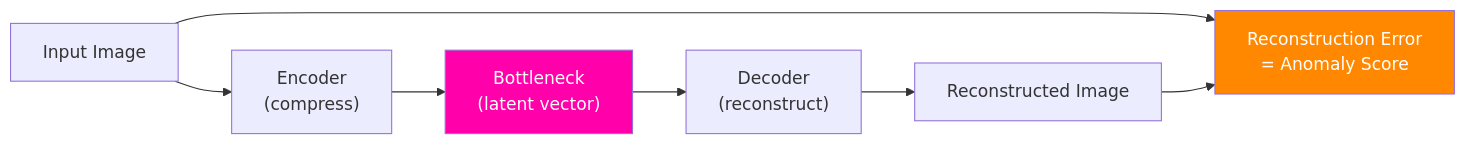
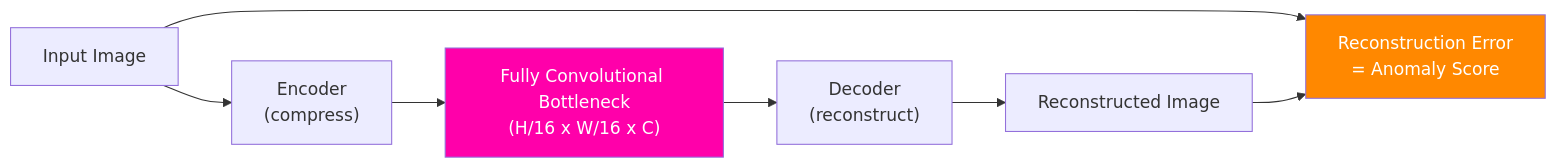
The first of 2 diagrams in docs/data_science/keras_cae_architecture.md (foersben/industrial-component-anomaly-detection), drawn with Mermaid before and after one commit. The commit also changed other lines of this file and 26 other files, not shown here.

````diff
--- a/docs/data_science/keras_cae_architecture.md
+++ b/docs/data_science/keras_cae_architecture.md
@@ -28,10 +23,10 @@
 ```mermaid
 flowchart LR
     IMG["Input Image"] --> ENC["Encoder\n(compress)"]
-    ENC --> BN["Bottleneck\n(latent vector)"]
+    ENC --> BN["Fully Convolutional Bottleneck\n(H/16 x W/16 x C)"]
     BN --> DEC["Decoder\n(reconstruct)"]
     DEC --> REC["Reconstructed Image"]
     IMG & REC --> LOSS["Reconstruction Error\n= Anomaly Score"]
     style BN fill:#f0a,color:#fff
     style LOSS fill:#f80,color:#fff
 ```
````
